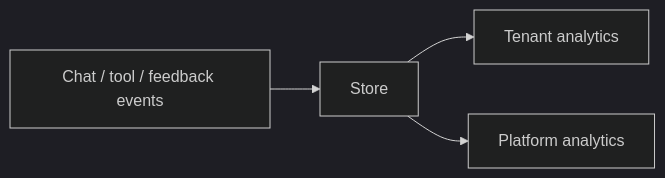
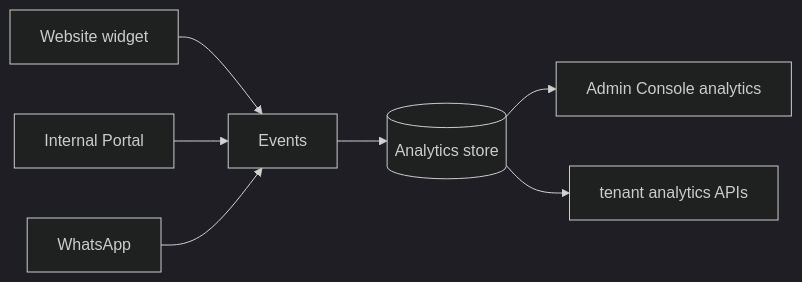
One commit to qefro-ai/qefro-documentation changed the diagram in docs/platform/analytics.mdx. Above: the diagram before and after it, drawn with Mermaid (dark theme). The commit also changed other lines of this file and 17 other files, not shown here.

First line of the commit message:
Expand remaining Platform and API stub pages.

````diff
--- a/docs/platform/analytics.mdx
+++ b/docs/platform/analytics.mdx
@@ -37,6 +50,9 @@
 ```mermaid
 flowchart LR
-  Events[Chat / tool / feedback events] --> Store
-  Store --> TenantDash[Tenant analytics]
-  Store --> AdminDash[Platform analytics]
+  Widget[Website widget] --> Events
+  Portal[Internal Portal] --> Events
+  WA[WhatsApp] --> Events
+  Events --> Store[(Analytics store)]
+  Store --> TenantUI[Admin Console analytics]
+  Store --> API[tenant analytics APIs]
 ```
````
